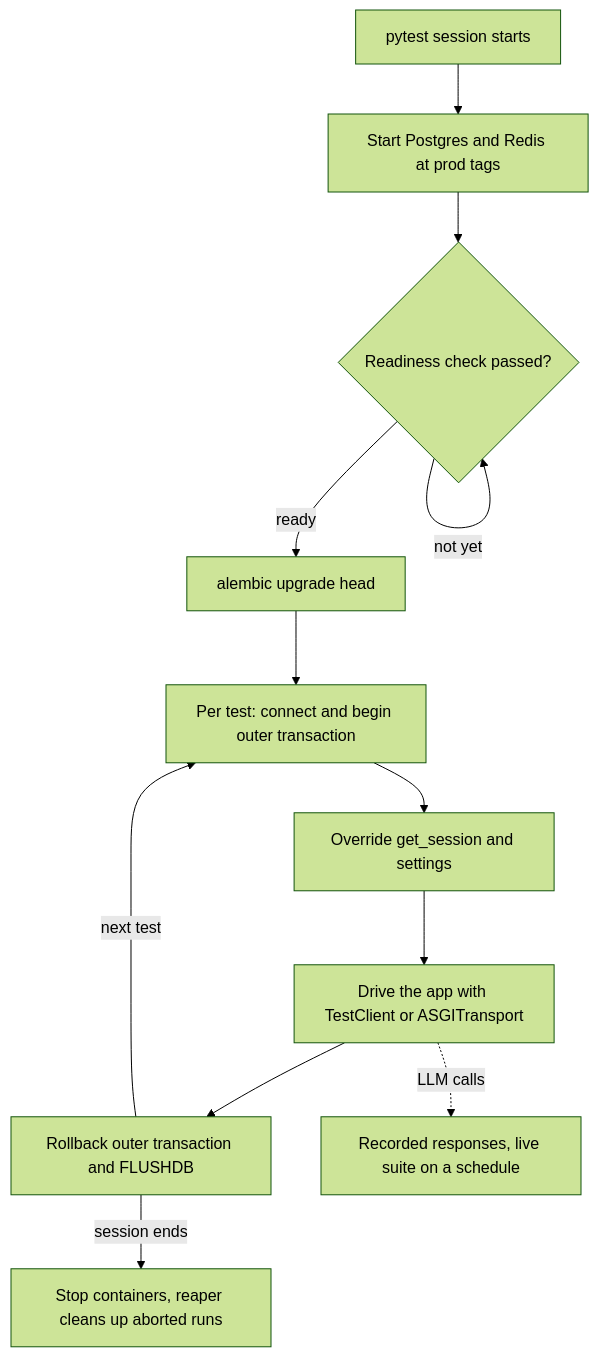
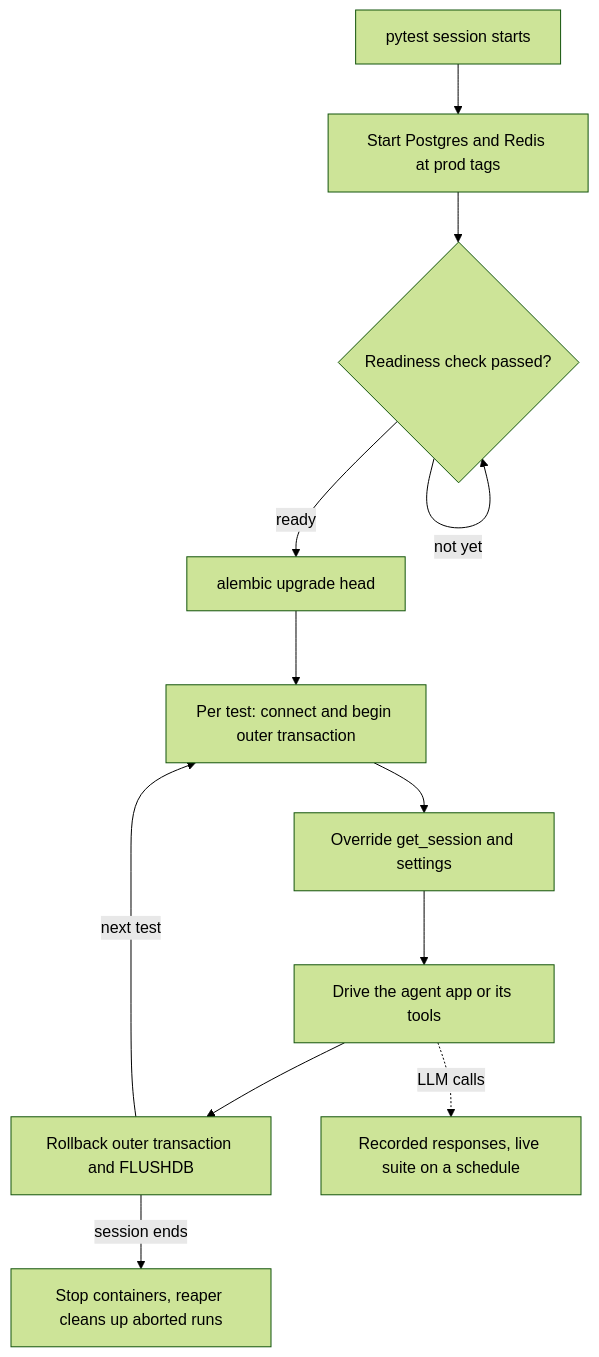
Before and after one commit to lovishmahajan97/agentic-learning: the diagram in content/fastapi-for-ai/integration-tests-with-real-dependencies.md, drawn with Mermaid (forest theme). The commit also changed other lines of this file and 266 other files, not shown here.

````diff
--- a/content/fastapi-for-ai/integration-tests-with-real-dependencies.md
+++ b/content/fastapi-for-ai/integration-tests-with-real-dependencies.md
@@ -103,14 +119,14 @@
 ```mermaid
 flowchart TD
     S["pytest session starts"] --> C["Start Postgres and Redis at prod tags"]
     C --> R{"Readiness check passed?"}
     R -->|"not yet"| R
     R -->|"ready"| M["alembic upgrade head"]
     M --> B["Per test: connect and begin outer transaction"]
     B --> O["Override get_session and settings"]
-    O --> T["Drive the app with TestClient or ASGITransport"]
+    O --> T["Drive the agent app or its tools"]
     T --> RB["Rollback outer transaction and FLUSHDB"]
     RB -->|"next test"| B
     RB -->|"session ends"| D["Stop containers, reaper cleans up aborted runs"]
     T -.->|"LLM calls"| L["Recorded responses, live suite on a schedule"]
 ```
````
